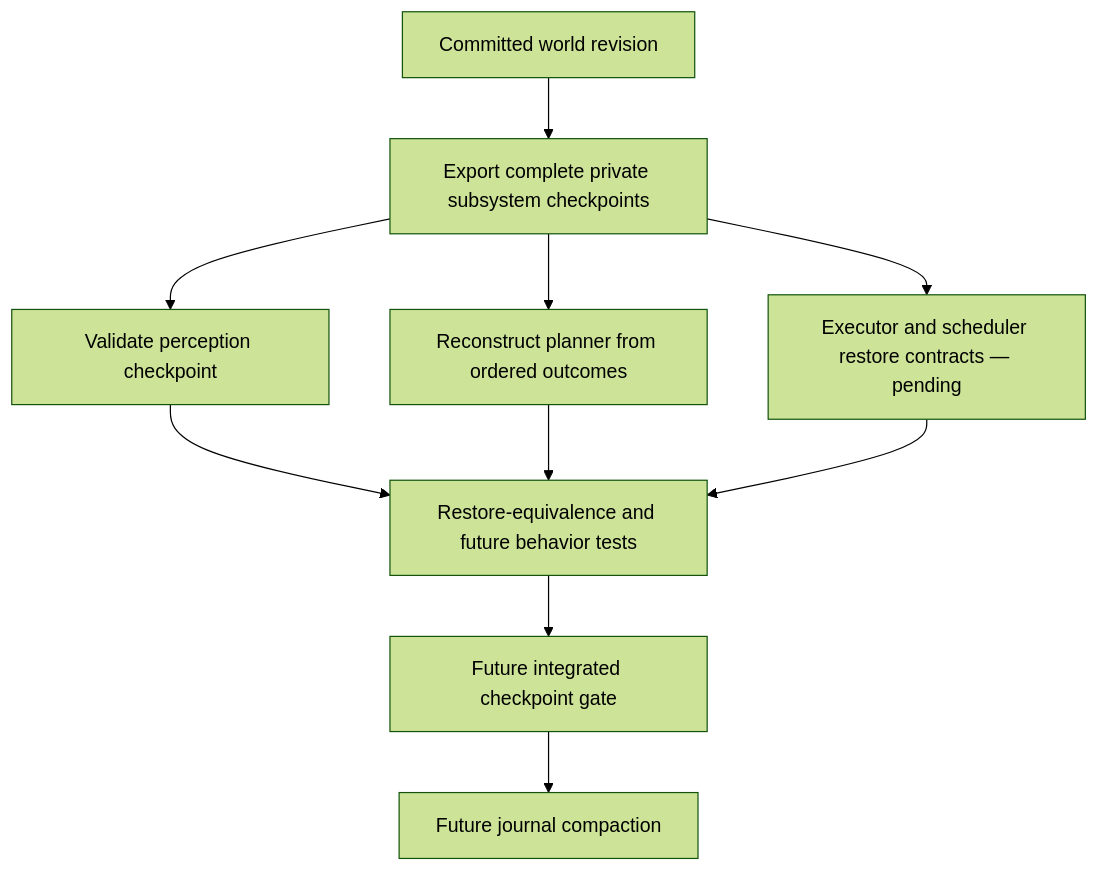
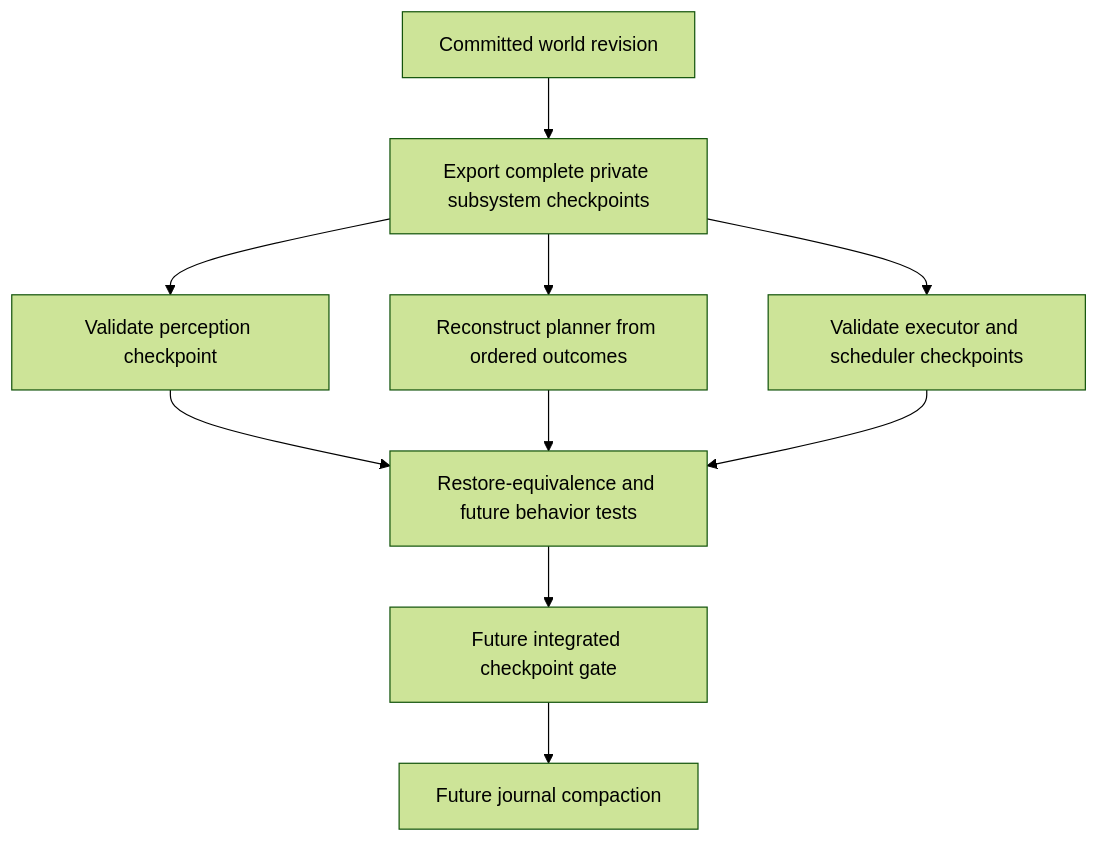
One commit to jbob-coder/The-idle-open-world-universe changed the diagram in docs/WORLD_CHECKPOINTS.md. Above: the diagram before and after it, drawn with Mermaid (forest theme). The commit also changed other lines of this file, not shown here.

Commit message:
docs: record executor and scheduler checkpoints and 431 verified reference checks

````diff
--- a/docs/WORLD_CHECKPOINTS.md
+++ b/docs/WORLD_CHECKPOINTS.md
@@ -7,12 +7,12 @@
 ```mermaid
 flowchart TD
  A[Committed world revision] --> B[Export complete private subsystem checkpoints]
  B --> C[Validate perception checkpoint]
  B --> D[Reconstruct planner from ordered outcomes]
- B --> E[Executor and scheduler restore contracts — pending]
+ B --> E[Validate executor and scheduler checkpoints]
  C --> F[Restore-equivalence and future behavior tests]
  D --> F
  E --> F
  F --> G[Future integrated checkpoint gate]
  G --> H[Future journal compaction]
 ```
````
